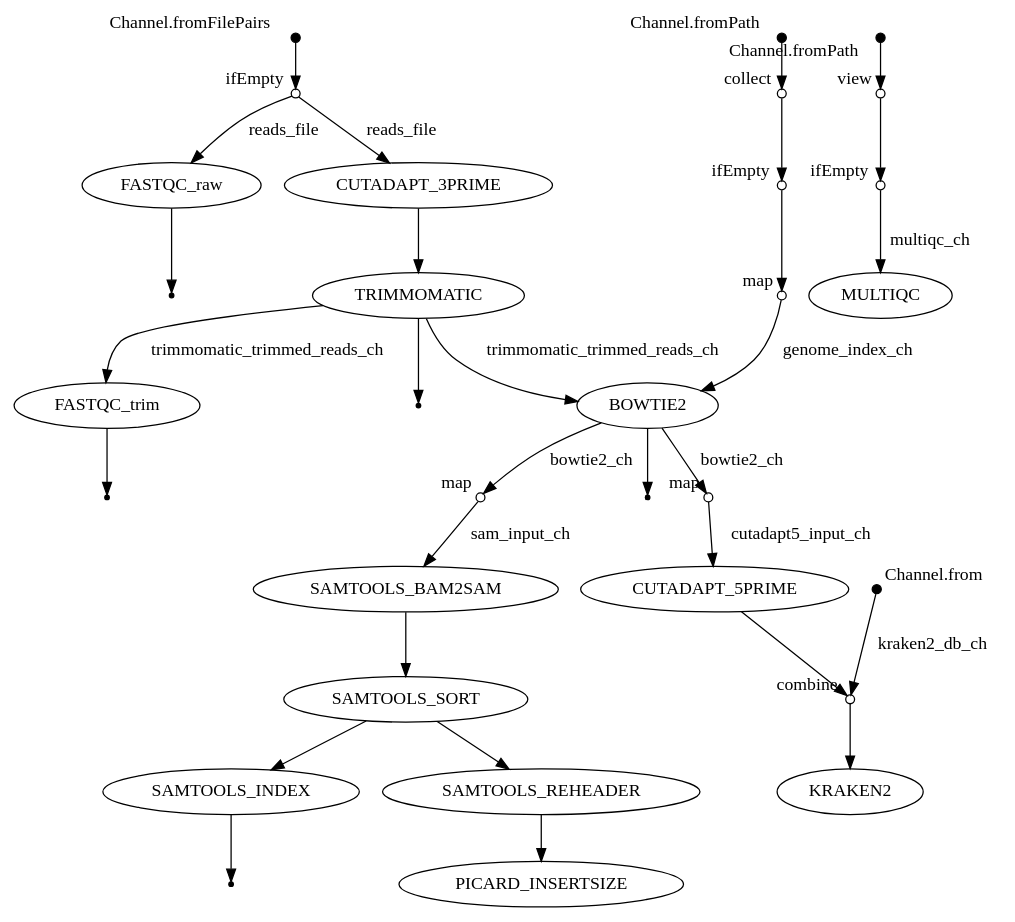
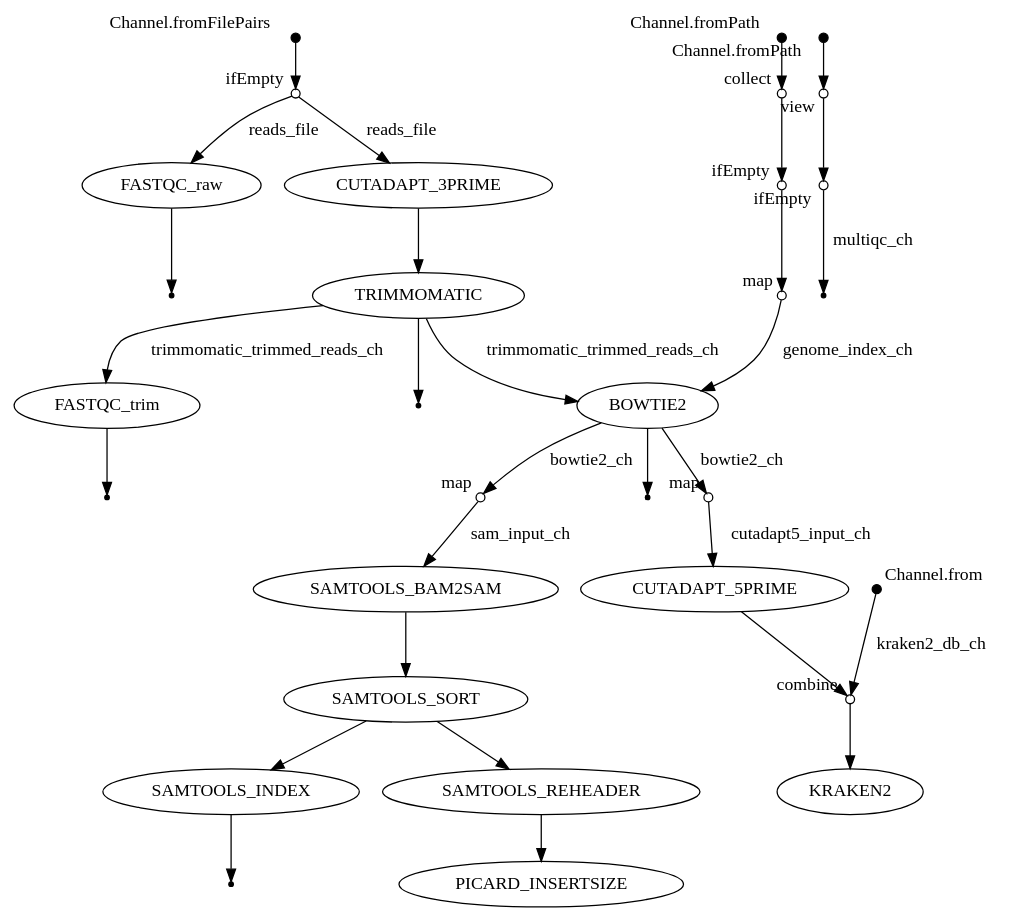
Before and after one commit to bridlin/WGS_metagenomic_nextflow: the diagram in flow.dot, drawn with Graphviz. The commit also changed 2 other files, not shown here.

```diff
--- a/flow.dot
+++ b/flow.dot
@@ -1,118 +1,118 @@
 digraph "flow" {
 v0 [shape=point,label="",fixedsize=true,width=0.1,xlabel="Channel.fromFilePairs"];
 v1 [shape=circle,label="",fixedsize=true,width=0.1,xlabel="ifEmpty"];
 v0 -> v1;
 
 v1 [shape=circle,label="",fixedsize=true,width=0.1,xlabel="ifEmpty"];
 v2 [label="FASTQC_raw"];
 v1 -> v2 [label="reads_file"];
 
 v2 [label="FASTQC_raw"];
 v3 [shape=point];
 v2 -> v3;
 
 v1 [shape=circle,label="",fixedsize=true,width=0.1,xlabel="ifEmpty"];
 v4 [label="CUTADAPT_3PRIME"];
 v1 -> v4 [label="reads_file"];
 
 v4 [label="CUTADAPT_3PRIME"];
 v5 [label="TRIMMOMATIC"];
 v4 -> v5;
 
 v5 [label="TRIMMOMATIC"];
 v7 [label="FASTQC_trim"];
 v5 -> v7 [label="trimmomatic_trimmed_reads_ch"];
 
 v5 [label="TRIMMOMATIC"];
 v6 [shape=point];
 v5 -> v6;
 
 v7 [label="FASTQC_trim"];
 v8 [shape=point];
 v7 -> v8;
 
 v9 [shape=point,label="",fixedsize=true,width=0.1,xlabel="Channel.fromPath"];
 v10 [shape=circle,label="",fixedsize=true,width=0.1,xlabel="collect"];
 v9 -> v10;
 
 v10 [shape=circle,label="",fixedsize=true,width=0.1,xlabel="collect"];
 v11 [shape=circle,label="",fixedsize=true,width=0.1,xlabel="ifEmpty"];
 v10 -> v11;
 
 v11 [shape=circle,label="",fixedsize=true,width=0.1,xlabel="ifEmpty"];
 v12 [shape=circle,label="",fixedsize=true,width=0.1,xlabel="map"];
 v11 -> v12;
 
 v12 [shape=circle,label="",fixedsize=true,width=0.1,xlabel="map"];
 v13 [label="BOWTIE2"];
 v12 -> v13 [label="genome_index_ch"];
 
 v5 [label="TRIMMOMATIC"];
 v13 [label="BOWTIE2"];
 v5 -> v13 [label="trimmomatic_trimmed_reads_ch"];
 
 v13 [label="BOWTIE2"];
 v15 [shape=circle,label="",fixedsize=true,width=0.1,xlabel="map"];
 v13 -> v15 [label="bowtie2_ch"];
 
 v13 [label="BOWTIE2"];
 v14 [shape=point];
 v13 -> v14;
 
 v15 [shape=circle,label="",fixedsize=true,width=0.1,xlabel="map"];
 v16 [label="SAMTOOLS_BAM2SAM"];
 v15 -> v16 [label="sam_input_ch"];
 
 v16 [label="SAMTOOLS_BAM2SAM"];
 v17 [label="SAMTOOLS_SORT"];
 v16 -> v17;
 
 v17 [label="SAMTOOLS_SORT"];
 v18 [label="SAMTOOLS_INDEX"];
 v17 -> v18;
 
 v18 [label="SAMTOOLS_INDEX"];
 v19 [shape=point];
 v18 -> v19;
 
 v17 [label="SAMTOOLS_SORT"];
 v20 [label="SAMTOOLS_REHEADER"];
 v17 -> v20;
 
 v20 [label="SAMTOOLS_REHEADER"];
 v21 [label="PICARD_INSERTSIZE"];
 v20 -> v21;
 
 v13 [label="BOWTIE2"];
 v22 [shape=circle,label="",fixedsize=true,width=0.1,xlabel="map"];
 v13 -> v22 [label="bowtie2_ch"];
 
 v22 [shape=circle,label="",fixedsize=true,width=0.1,xlabel="map"];
 v23 [label="CUTADAPT_5PRIME"];
 v22 -> v23 [label="cutadapt5_input_ch"];
 
 v23 [label="CUTADAPT_5PRIME"];
 v25 [shape=circle,label="",fixedsize=true,width=0.1,xlabel="combine"];
 v23 -> v25;
 
 v24 [shape=point,label="",fixedsize=true,width=0.1,xlabel="Channel.from"];
 v25 [shape=circle,label="",fixedsize=true,width=0.1,xlabel="combine"];
 v24 -> v25 [label="kraken2_db_ch"];
 
 v25 [shape=circle,label="",fixedsize=true,width=0.1,xlabel="combine"];
 v26 [label="KRAKEN2"];
 v25 -> v26;
 
 v27 [shape=point,label="",fixedsize=true,width=0.1,xlabel="Channel.fromPath"];
 v28 [shape=circle,label="",fixedsize=true,width=0.1,xlabel="view"];
 v27 -> v28;
 
 v28 [shape=circle,label="",fixedsize=true,width=0.1,xlabel="view"];
 v29 [shape=circle,label="",fixedsize=true,width=0.1,xlabel="ifEmpty"];
 v28 -> v29;
 
 v29 [shape=circle,label="",fixedsize=true,width=0.1,xlabel="ifEmpty"];
-v30 [label="MULTIQC"];
+v30 [shape=point];
 v29 -> v30 [label="multiqc_ch"];
 
 }
```
